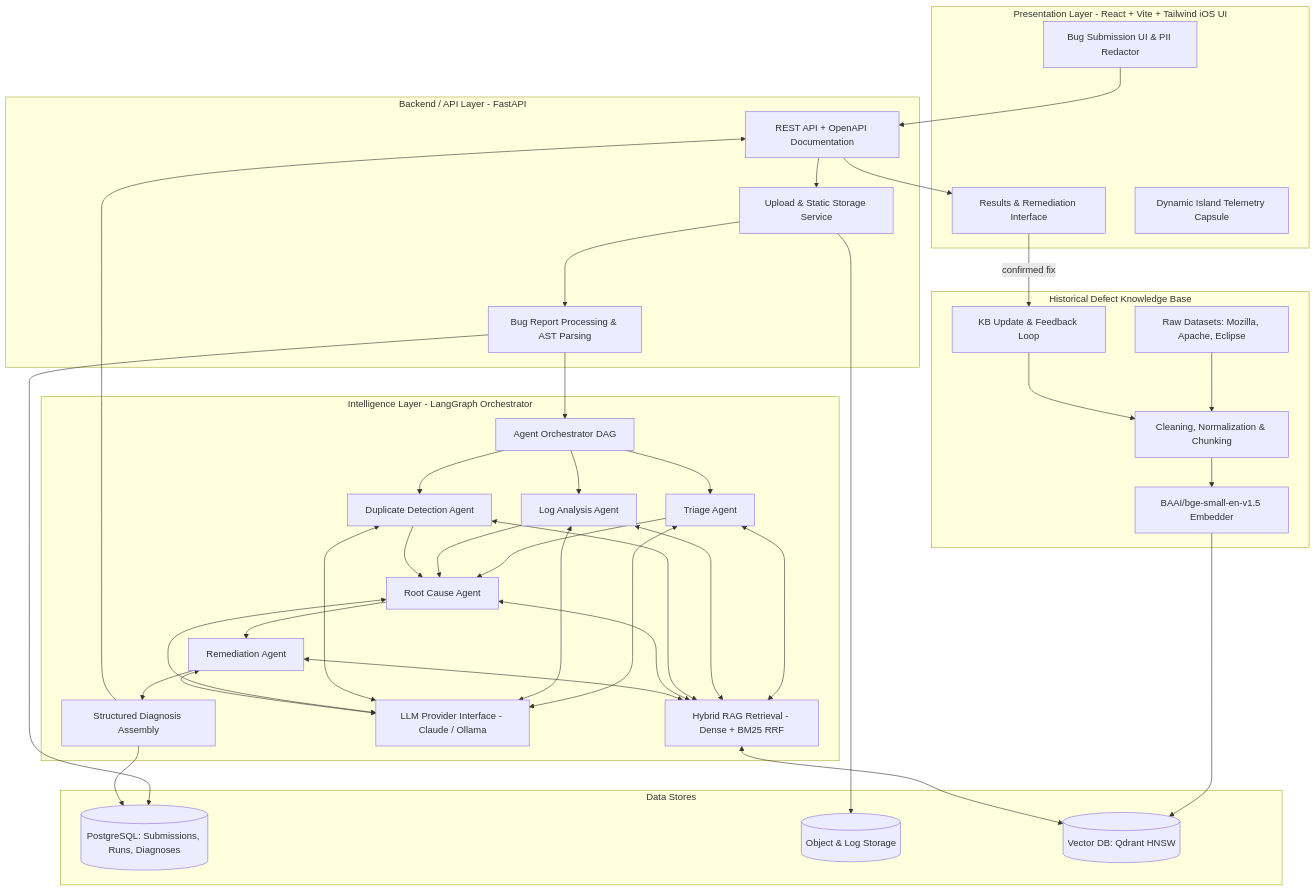
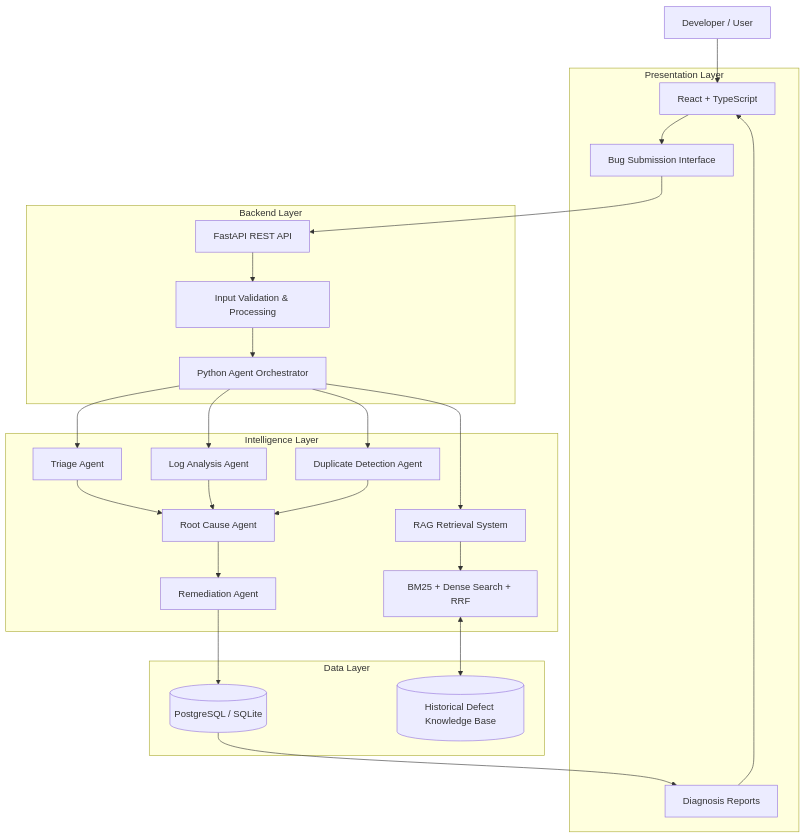
The diagram in SYSTEM_ARCHITECTURE.md (Mokshsaini7/TraceIQ), drawn with Mermaid before and after one commit. The commit also changed other lines of this file, not shown here.

````diff
--- a/SYSTEM_ARCHITECTURE.md
+++ b/SYSTEM_ARCHITECTURE.md
@@ -21,55 +13,54 @@
 ```mermaid
 flowchart TB
-  subgraph UI[Presentation Layer - React + Vite + Tailwind iOS UI]
-    A[Bug Submission UI & PII Redactor]
-    R[Results & Remediation Interface]
-    DI[Dynamic Island Telemetry Capsule]
-  end
+    U["Developer / User"]
 
-  subgraph API[Backend / API Layer - FastAPI]
-    B[REST API + OpenAPI Documentation]
-    C[Upload & Static Storage Service]
-    D[Bug Report Processing & AST Parsing]
-  end
+    subgraph FRONTEND["Presentation Layer"]
+        A["React + TypeScript"]
+        B["Bug Submission Interface"]
+        C["Diagnosis Reports"]
+    end
 
-  subgraph DATA[Data Stores]
-    E[(PostgreSQL: Submissions, Runs, Diagnoses)]
-    F[(Object & Log Storage)]
-    G[(Vector DB: Qdrant HNSW)]
-  end
+    subgraph BACKEND["Backend Layer"]
+        D["FastAPI REST API"]
+        E["Input Validation & Processing"]
+        F["Python Agent Orchestrator"]
+    end
 
-  subgraph KB[Historical Defect Knowledge Base]
-    H[Raw Datasets: Mozilla, Apache, Eclipse]
-    I[Cleaning, Normalization & Chunking]
-    J[BAAI/bge-small-en-v1.5 Embedder]
-    K[KB Update & Feedback Loop]
-  end
+    subgraph AI["Intelligence Layer"]
+        G["RAG Retrieval System"]
+        H["BM25 + Dense Search + RRF"]
 
-  subgraph AI[Intelligence Layer - LangGraph Orchestrator]
-    L[Hybrid RAG Retrieval - Dense + BM25 RRF]
-    M[LLM Provider Interface - Claude / Ollama]
-    N[Agent Orchestrator DAG]
-    O[Triage Agent]
-    P[Log Analysis Agent]
-    Q[Duplicate Detection Agent]
-    S[Root Cause Agent]
-    T[Remediation Agent]
-    U[Structured Diagnosis Assembly]
-  end
+        I["Triage Agent"]
+        J["Log Analysis Agent"]
+        K["Duplicate Detection Agent"]
+        L["Root Cause Agent"]
+        M["Remediation Agent"]
+    end
 
-  A --> B --> C --> F
-  C --> D --> E
-  H --> I --> J --> G
-  D --> N
-  N --> O & P & Q
-  O --> S
-  P --> S
-  Q --> S
-  S --> T
-  O & P & Q & S & T <--> L
-  L <--> G
-  O & P & Q & S & T <--> M
-  T --> U --> E
-  U --> B --> R
-  R -- confirmed fix --> K --> I
+    subgraph DATABASE["Data Layer"]
+        N[("PostgreSQL / SQLite")]
+        O[("Historical Defect Knowledge Base")]
+    end
+
+    U --> A
+    A --> B
+    B --> D
+    D --> E
+    E --> F
+    F --> G
+    G --> H
+    H <--> O
+
+    F --> I
+    F --> J
+    F --> K
+
+    I --> L
+    J --> L
+    K --> L
+
+    L --> M
+    M --> N
+    N --> C
+    C --> A
 ```
````
